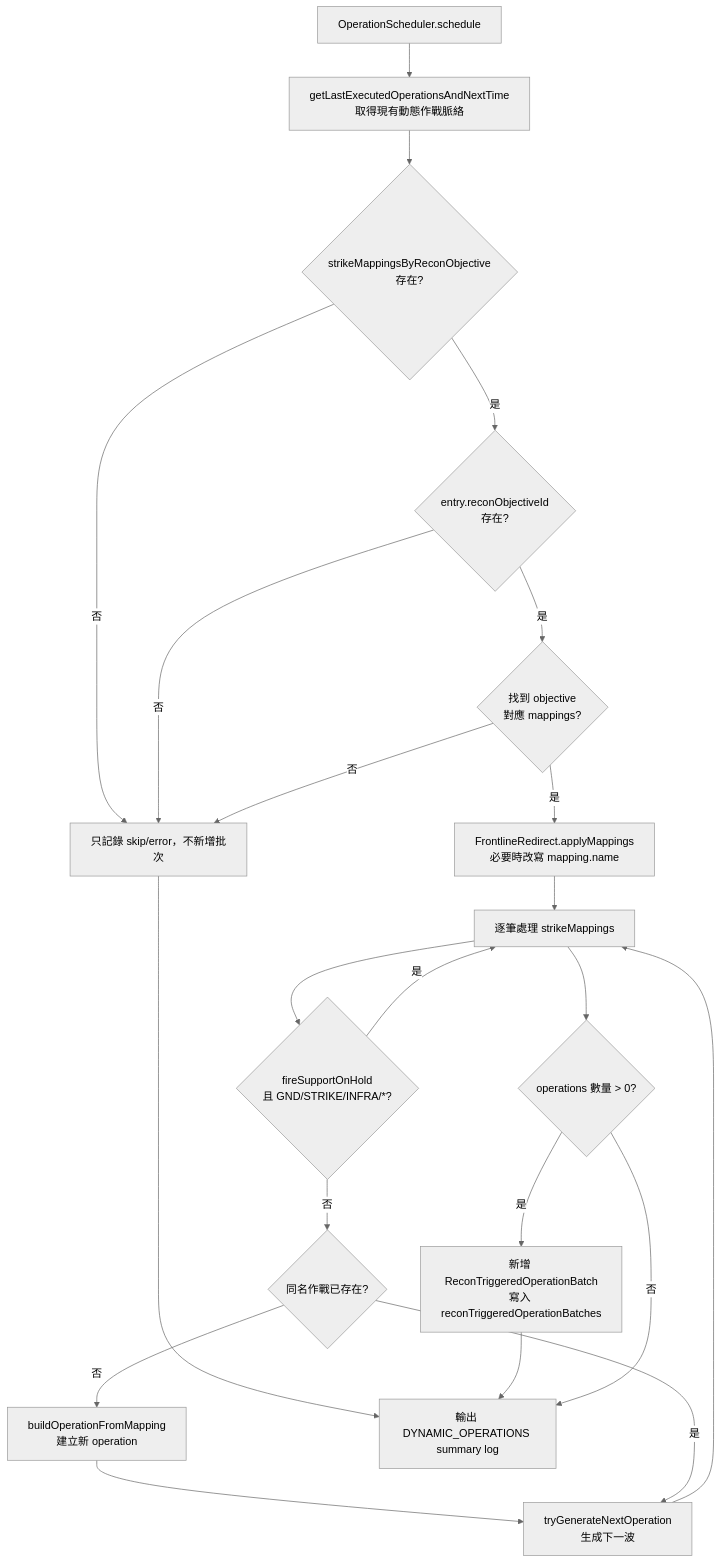
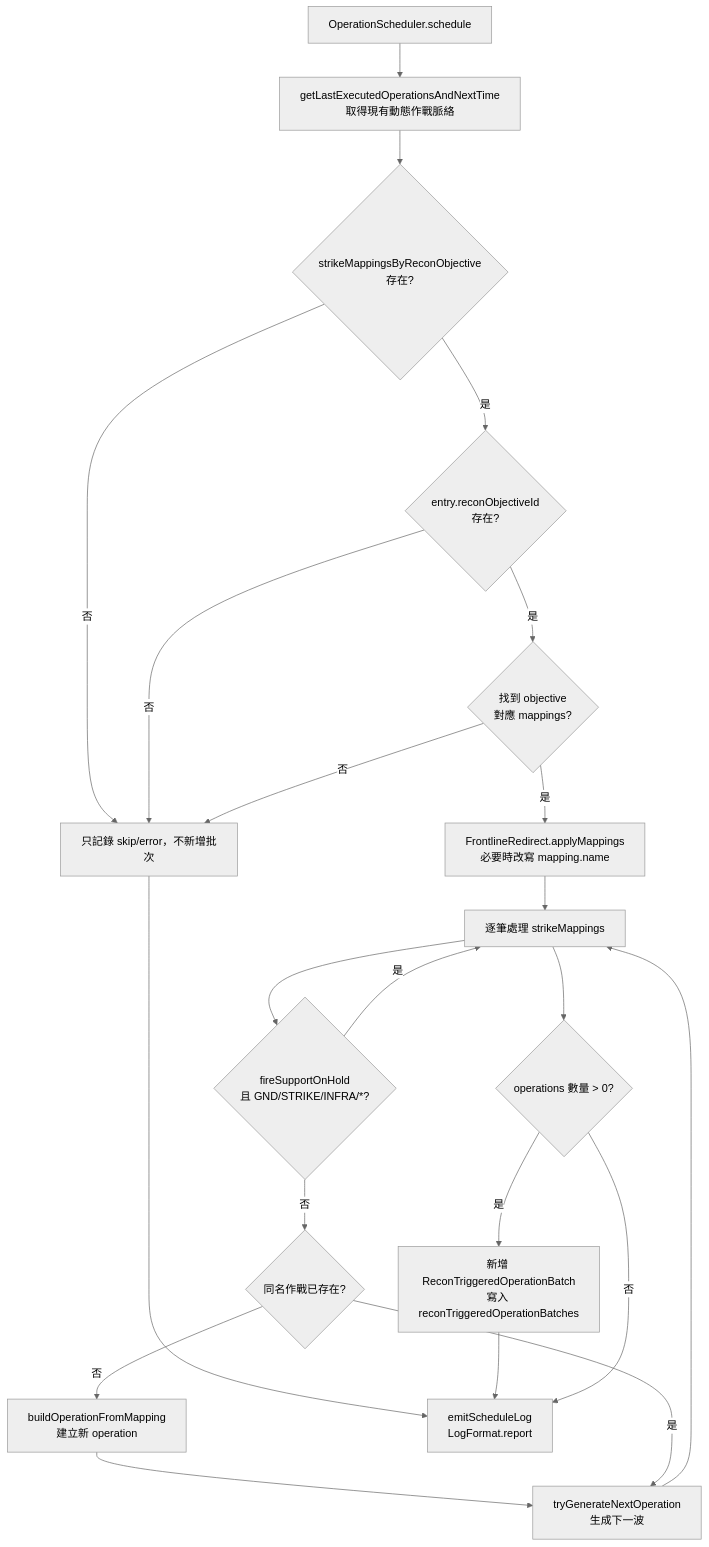
The diagram in docs/strikePlanner/operationScheduler.md (pullupjumper/formosa-in-flames), drawn with Mermaid (neutral theme) before and after one commit. The commit also changed other lines of this file and 58 other files, not shown here.

````diff
--- a/docs/strikePlanner/operationScheduler.md
+++ b/docs/strikePlanner/operationScheduler.md
@@ -52,36 +68,36 @@
 ```mermaid
 flowchart TD
     START["OperationScheduler.schedule"]
     CONTEXT["getLastExecutedOperationsAndNextTime<br>取得現有動態作戰脈絡"]
     MAPTABLE{"strikeMappingsByReconObjective<br>存在?"}
     OBJECTIVE{"entry.reconObjectiveId<br>存在?"}
     MAPPING{"找到 objective<br>對應 mappings?"}
     REDIRECT["FrontlineRedirect.applyMappings<br>必要時改寫 mapping.name"]
     LOOP["逐筆處理 strikeMappings"]
     HOLD{"fireSupportOnHold<br>且 GND/STRIKE/INFRA/*?"}
     EXISTS{"同名作戰已存在?"}
     NEWOP["buildOperationFromMapping<br>建立新 operation"]
     NEXTOP["tryGenerateNextOperation<br>生成下一波"]
     INSERT{"operations 數量 > 0?"}
     BATCH["新增 ReconTriggeredOperationBatch<br>寫入 reconTriggeredOperationBatches"]
-    LOG["輸出 DYNAMIC_OPERATIONS summary log"]
+    LOG["emitScheduleLog<br/>LogFormat.report"]
     SKIP["只記錄 skip/error，不新增批次"]
 
     START --> CONTEXT --> MAPTABLE
     MAPTABLE -->|否| SKIP
     MAPTABLE -->|是| OBJECTIVE
     OBJECTIVE -->|否| SKIP
     OBJECTIVE -->|是| MAPPING
     MAPPING -->|否| SKIP
     MAPPING -->|是| REDIRECT --> LOOP
     LOOP --> HOLD
     HOLD -->|是| LOOP
     HOLD -->|否| EXISTS
     EXISTS -->|否| NEWOP --> NEXTOP
     EXISTS -->|是| NEXTOP
     NEXTOP --> LOOP
     LOOP --> INSERT
     SKIP --> LOG
     INSERT -->|是| BATCH --> LOG
     INSERT -->|否| LOG
 ```
````
